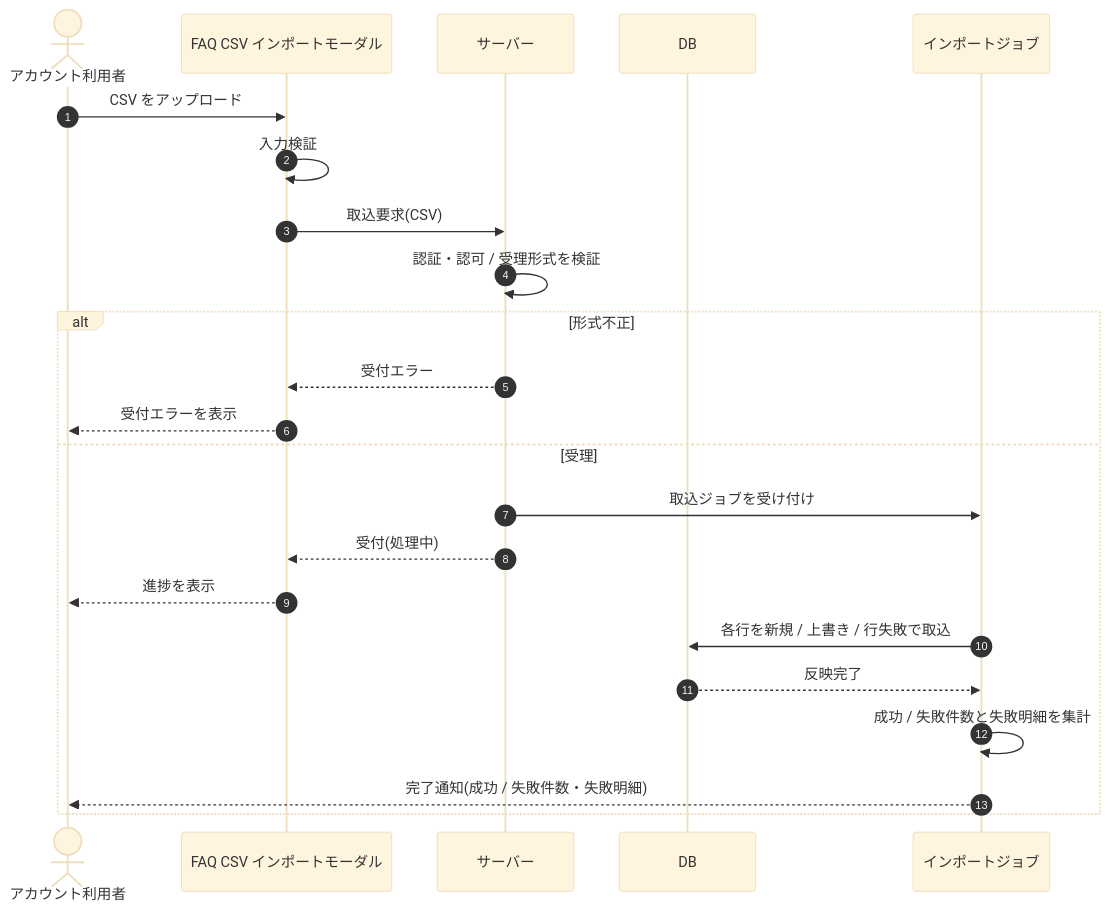
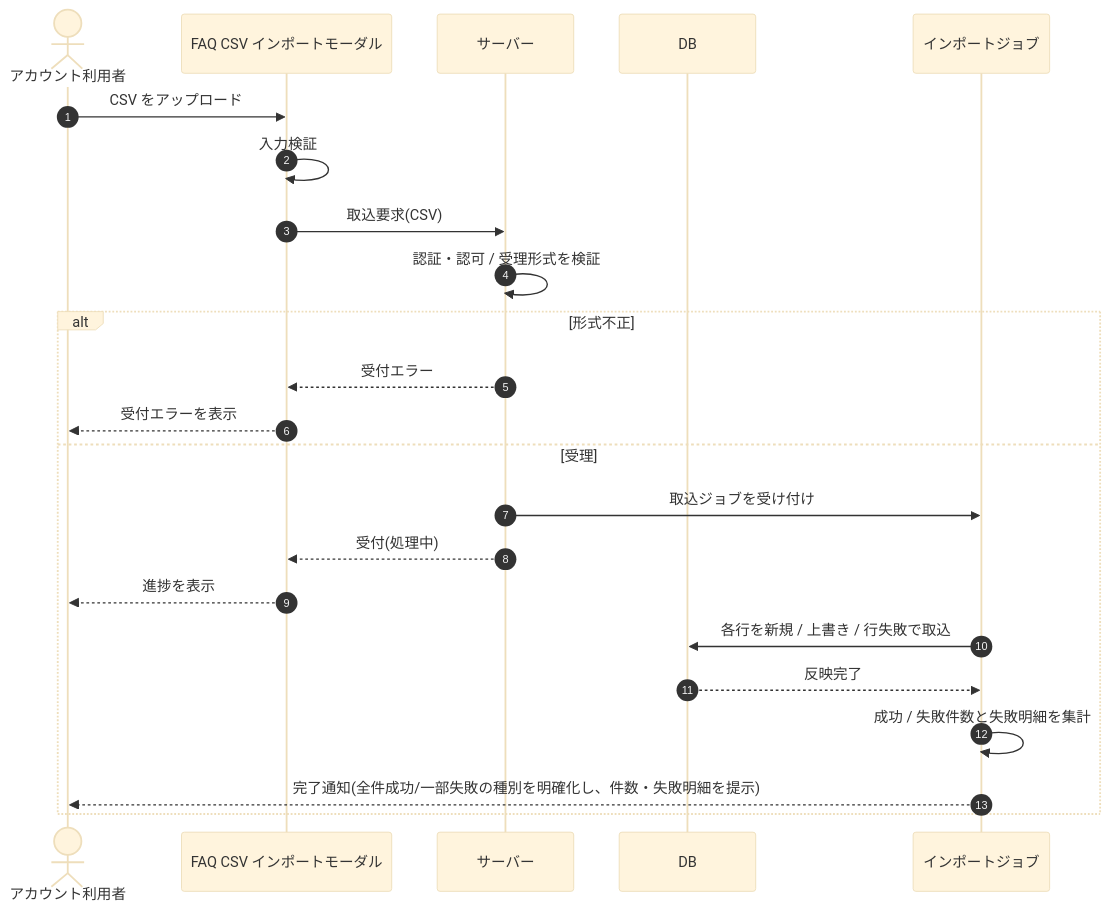
One commit to sikakou54/open-faq changed the diagram in 02_basic_design/03_sequences/SEQ-087.md. Above: the diagram before and after it, drawn with Mermaid (base theme). The commit also changed 2 other files, not shown here.

Commit message:
Update design documents for second round of reviews

````diff
--- a/02_basic_design/03_sequences/SEQ-087.md
+++ b/02_basic_design/03_sequences/SEQ-087.md
@@ -15,25 +15,25 @@
 ```mermaid
 sequenceDiagram
   autonumber
   actor U as アカウント利用者
   participant Screen as FAQ CSV インポートモーダル
   participant Server as サーバー
   participant DB as DB
   participant J as インポートジョブ
   U->>Screen: CSV をアップロード
   Screen->>Screen: 入力検証
   Screen->>Server: 取込要求(CSV)
   Server->>Server: 認証・認可 / 受理形式を検証
   alt 形式不正
     Server-->>Screen: 受付エラー
     Screen-->>U: 受付エラーを表示
   else 受理
     Server->>J: 取込ジョブを受け付け
     Server-->>Screen: 受付(処理中)
     Screen-->>U: 進捗を表示
     J->>DB: 各行を新規 / 上書き / 行失敗で取込
     DB-->>J: 反映完了
     J->>J: 成功 / 失敗件数と失敗明細を集計
-    J-->>U: 完了通知(成功 / 失敗件数・失敗明細)
+    J-->>U: 完了通知(全件成功/一部失敗の種別を明確化し、件数・失敗明細を提示)
   end
 ```
````
